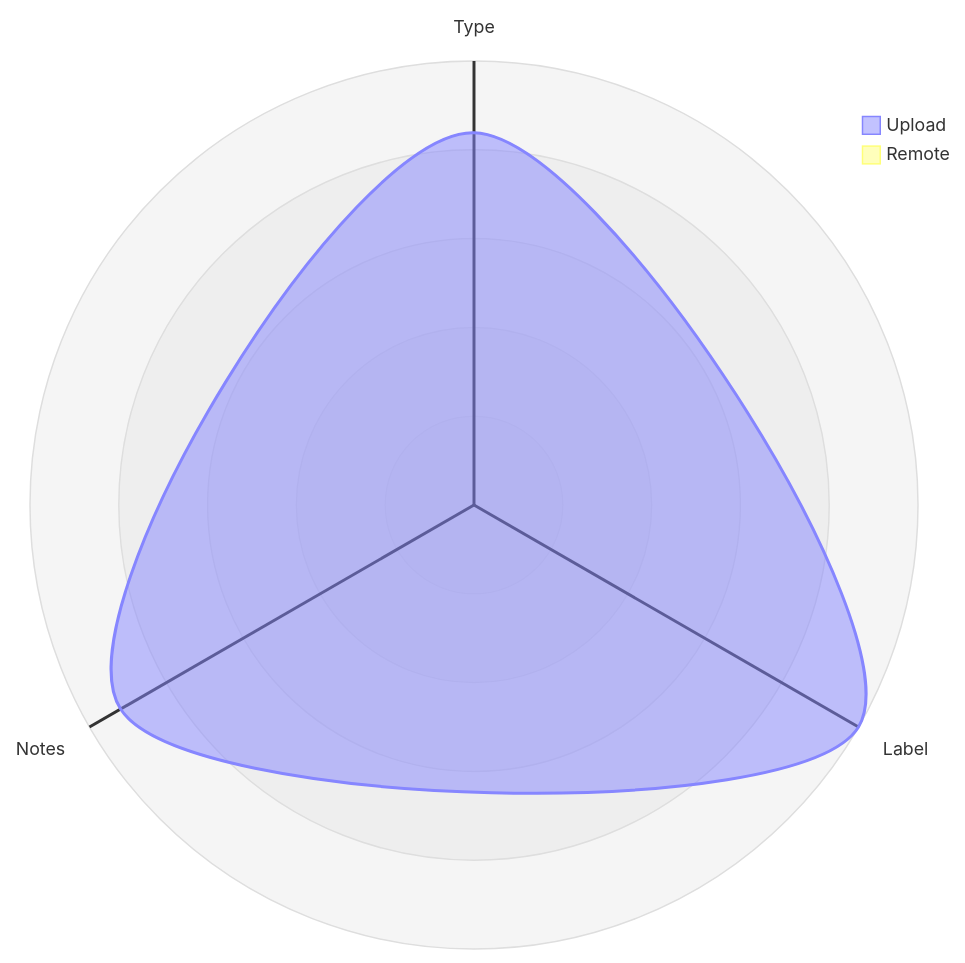
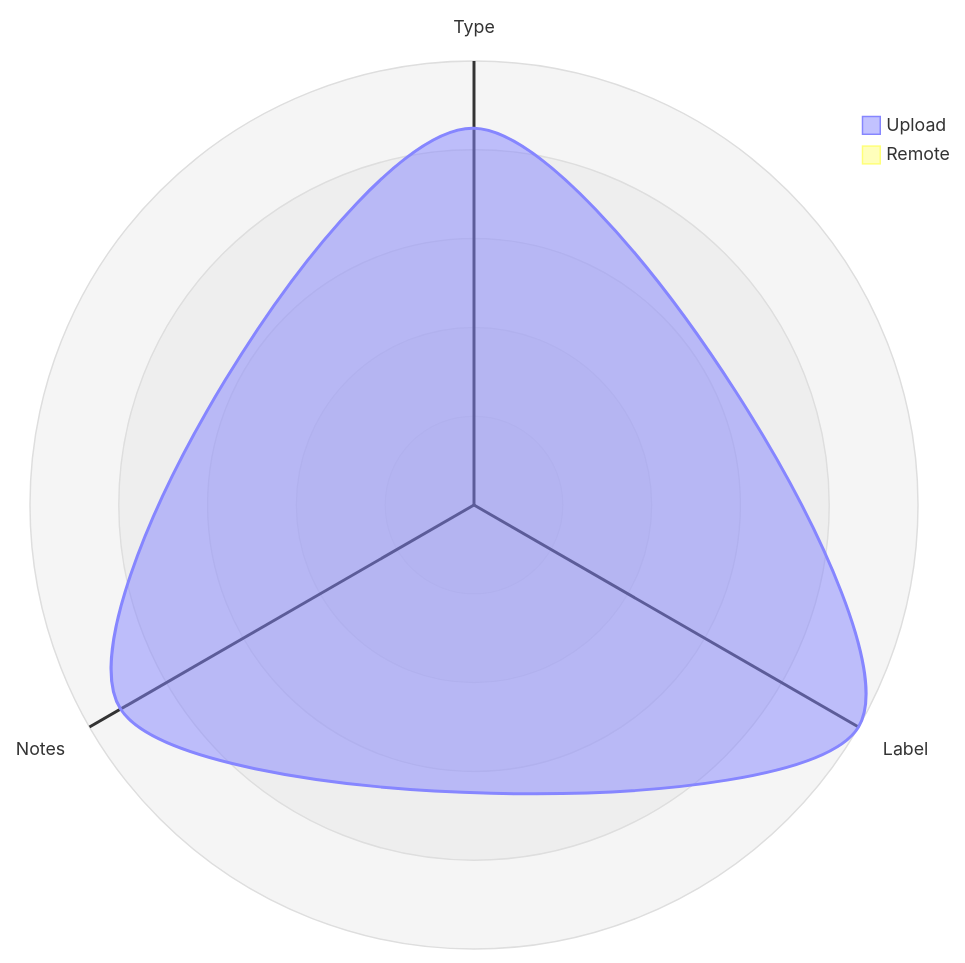
Before and after one commit to open-data/analytics-corporate-reporting: the third of 5 diagrams in datastore_tracker/README.md, drawn with Mermaid. The commit also changed other lines of this file and 11 other files, not shown here.

````diff
--- a/datastore_tracker/README.md
+++ b/datastore_tracker/README.md
@@ -105,12 +105,12 @@
 ```mermaid
 radar-beta
   axis T["Type"], L["Label"], N["Notes"]
-  curve u["Upload"]{0.00083, 0.00099, 0.00091}
+  curve u["Upload"]{0.00084, 0.00099, 0.00091}
   curve r["Remote"]{0, 0, 0}
 
   showLegend true
 
   min 0
   graticule circle
   ticks 5
 ```
````
